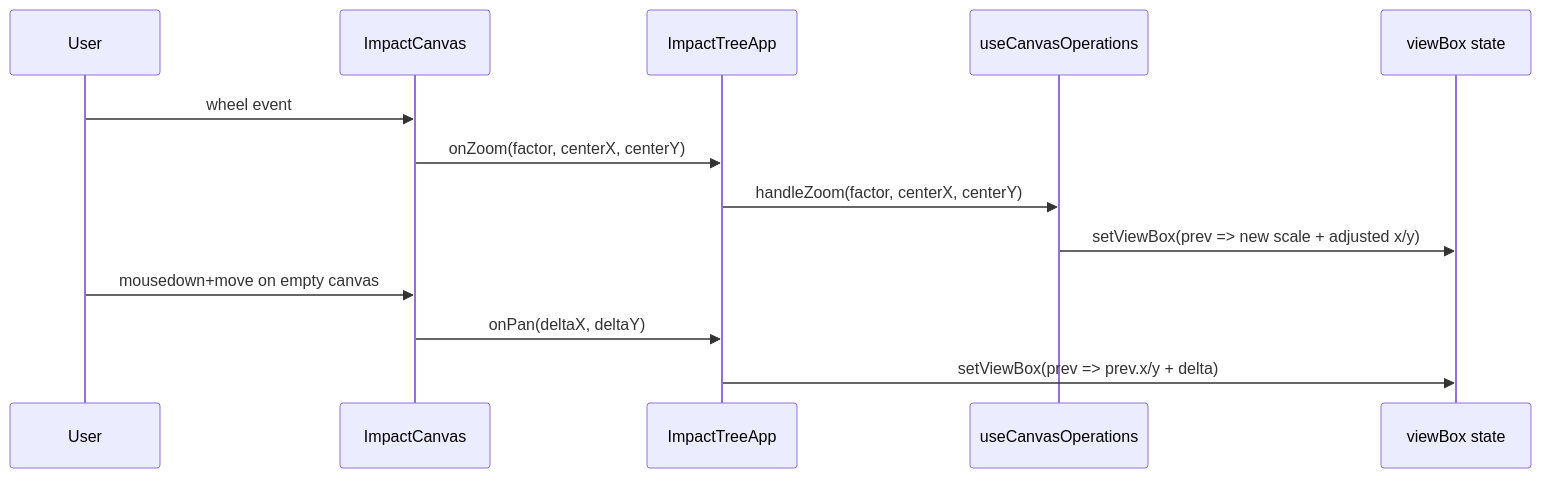
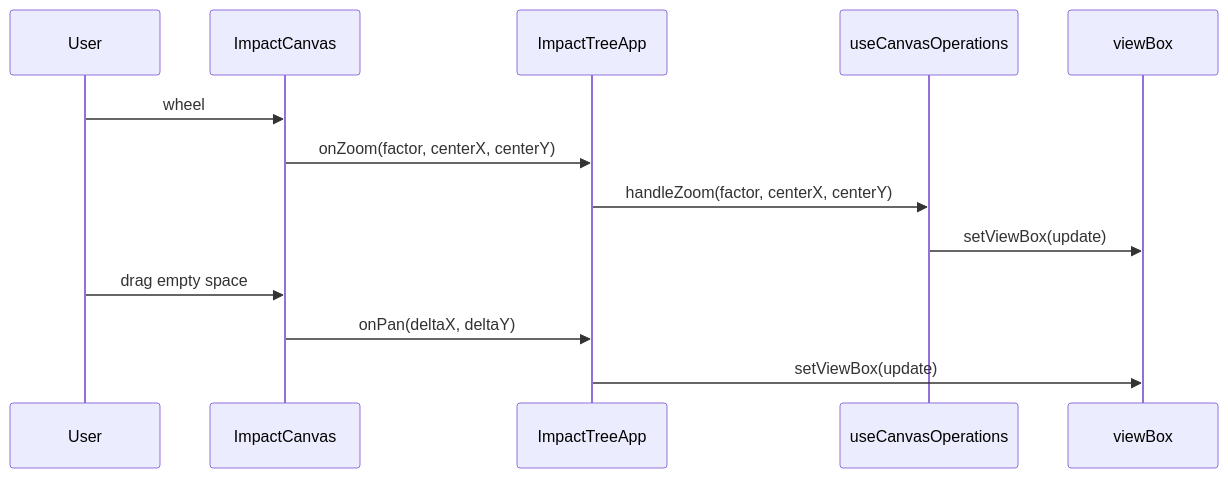
The fourth of 8 diagrams in docs/ARCHITECTURE.md (willis7/impact-tree-builder), drawn with Mermaid before and after one commit. The commit also changed other lines of this file, not shown here.

Commit message:
docs: fix mermaid diagram syntax

````diff
--- a/docs/ARCHITECTURE.md
+++ b/docs/ARCHITECTURE.md
@@ -283,17 +282,17 @@
 ```mermaid
 sequenceDiagram
   participant User
   participant ImpactCanvas
   participant ImpactTreeApp
-  participant useCanvasOperations
-  participant State as viewBox state
+  participant CanvasOps as useCanvasOperations
+  participant ViewBox as viewBox
 
-  User->>ImpactCanvas: wheel event
+  User->>ImpactCanvas: wheel
   ImpactCanvas->>ImpactTreeApp: onZoom(factor, centerX, centerY)
-  ImpactTreeApp->>useCanvasOperations: handleZoom(factor, centerX, centerY)
-  useCanvasOperations->>State: setViewBox(prev => new scale + adjusted x/y)
+  ImpactTreeApp->>CanvasOps: handleZoom(factor, centerX, centerY)
+  CanvasOps->>ViewBox: setViewBox(update)
 
-  User->>ImpactCanvas: mousedown+move on empty canvas
+  User->>ImpactCanvas: drag empty space
   ImpactCanvas->>ImpactTreeApp: onPan(deltaX, deltaY)
-  ImpactTreeApp->>State: setViewBox(prev => prev.x/y + delta)
+  ImpactTreeApp->>ViewBox: setViewBox(update)
 ```
````
